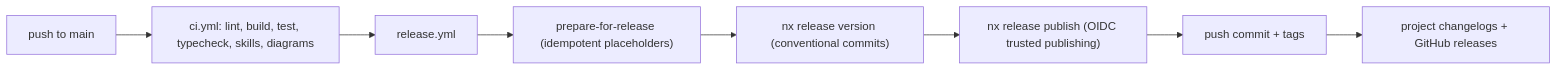
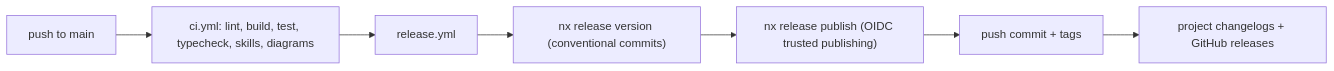
Before and after one commit to nx-devkit/nx.ts: the diagram in docs/diagrams/release-flow.mmd, drawn with Mermaid. The commit also changed 9 other files, not shown here.

```diff
--- a/docs/diagrams/release-flow.mmd
+++ b/docs/diagrams/release-flow.mmd
@@ -1,8 +1,7 @@
 flowchart LR
   PR["push to main"] --> CI["ci.yml: lint, build, test, typecheck, skills, diagrams"]
   CI --> REL["release.yml"]
-  REL --> PH["prepare-for-release (idempotent placeholders)"]
-  PH --> VER["nx release version (conventional commits)"]
+  REL --> VER["nx release version (conventional commits)"]
   VER --> PUB["nx release publish (OIDC trusted publishing)"]
   PUB --> TAG["push commit + tags"]
   TAG --> CH["project changelogs + GitHub releases"]
```
